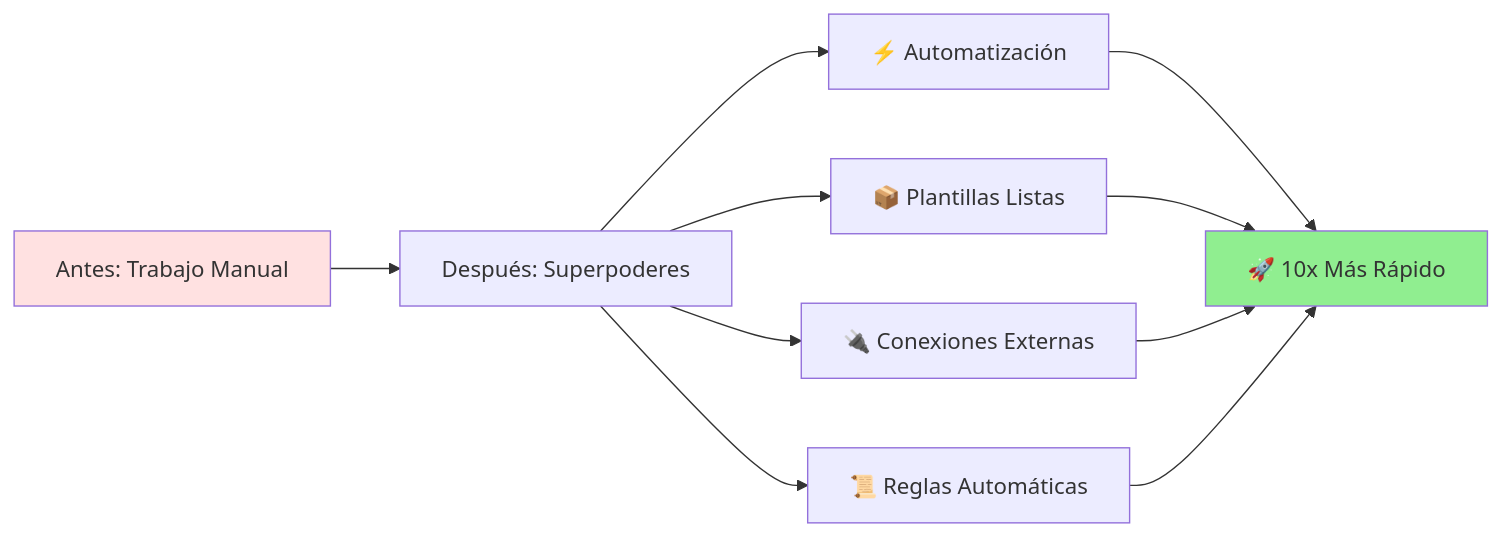
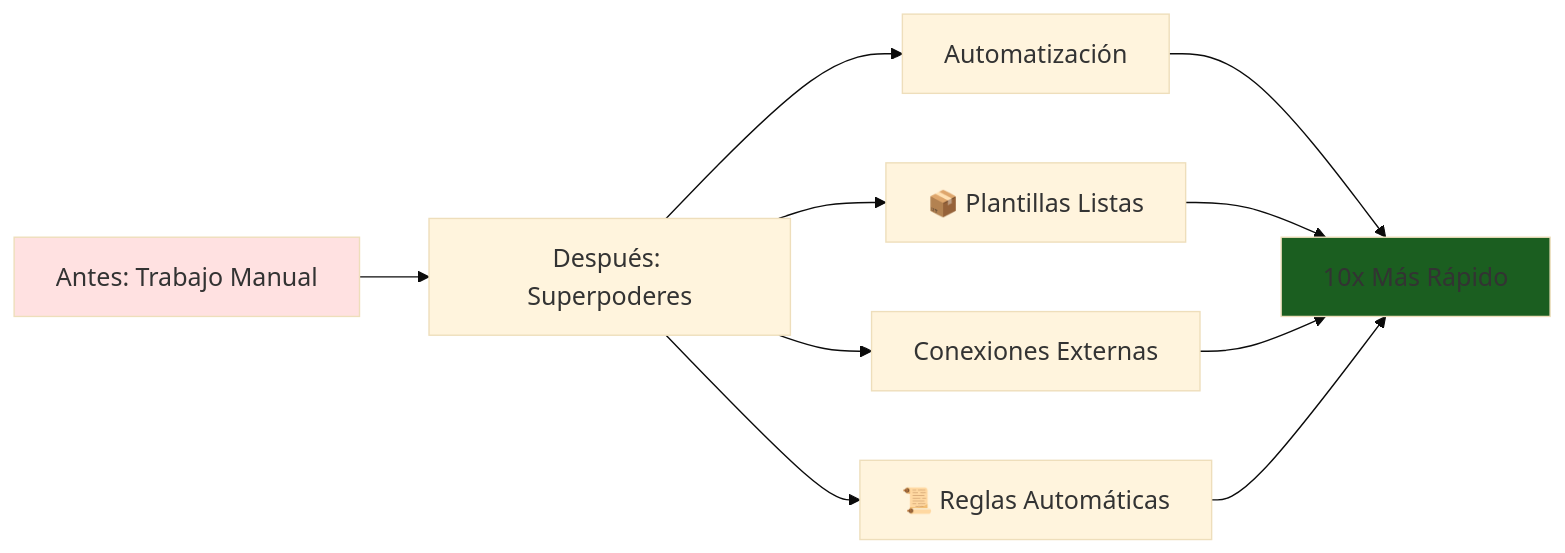
One commit to Ai-Whisperers/Courses-Content changed diagram 16 of 16 in courses/🟡-development/FPUNA-2026/00-FUNDAMENTOS-PRINCIPALES/02-maestria-configuracion.md. Above: the diagram before and after it, drawn with Mermaid. The commit also changed other lines of this file and 47 other files, not shown here.

First line of the commit message:
fix: Make all 473 diagrams WCAG AAA accessible (FPUNA-2026)

````diff
--- a/courses/🟡-development/FPUNA-2026/00-FUNDAMENTOS-PRINCIPALES/02-maestria-configuracion.md
+++ b/courses/🟡-development/FPUNA-2026/00-FUNDAMENTOS-PRINCIPALES/02-maestria-configuracion.md
@@ -1475,17 +1490,18 @@
 ```mermaid
+%%{init: {'theme':'base', 'themeVariables': {'fontSize':'18px'}}}%%
 graph LR
     A[Antes: Trabajo Manual] --> B[Después: Superpoderes]
     
-    B --> C[⚡ Automatización]
+    B --> C[Automatización]
     B --> D[📦 Plantillas Listas]
-    B --> E[🔌 Conexiones Externas]
+    B --> E[Conexiones Externas]
     B --> F[📜 Reglas Automáticas]
     
-    C --> G[🚀 10x Más Rápido]
+    C --> G[10x Más Rápido]
     D --> G
     E --> G
     F --> G
     
     style A fill:#ffe1e1
-    style G fill:#90EE90
+    style G fill:#1b5e20
 ```
````
